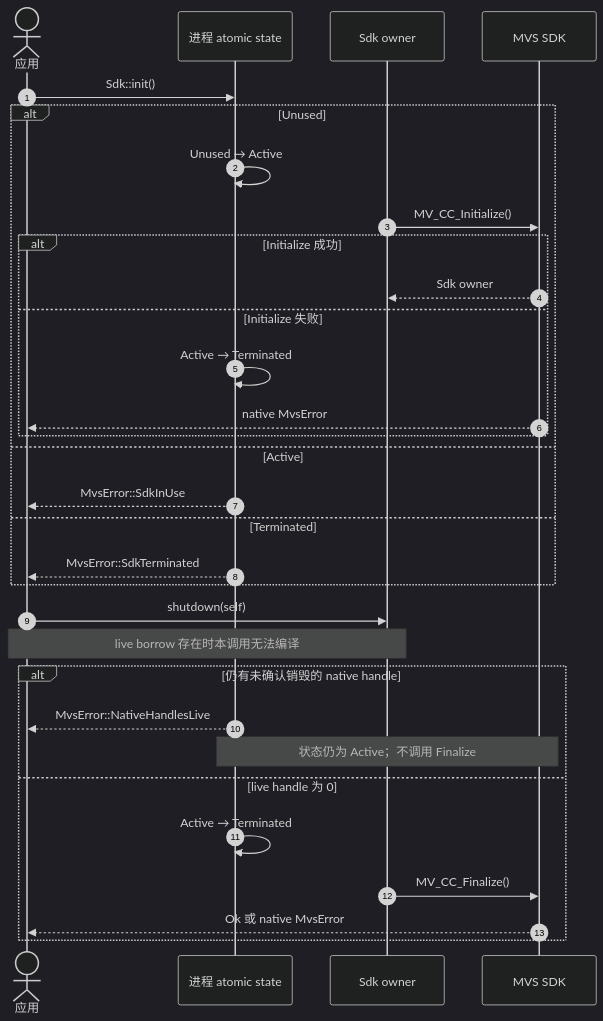
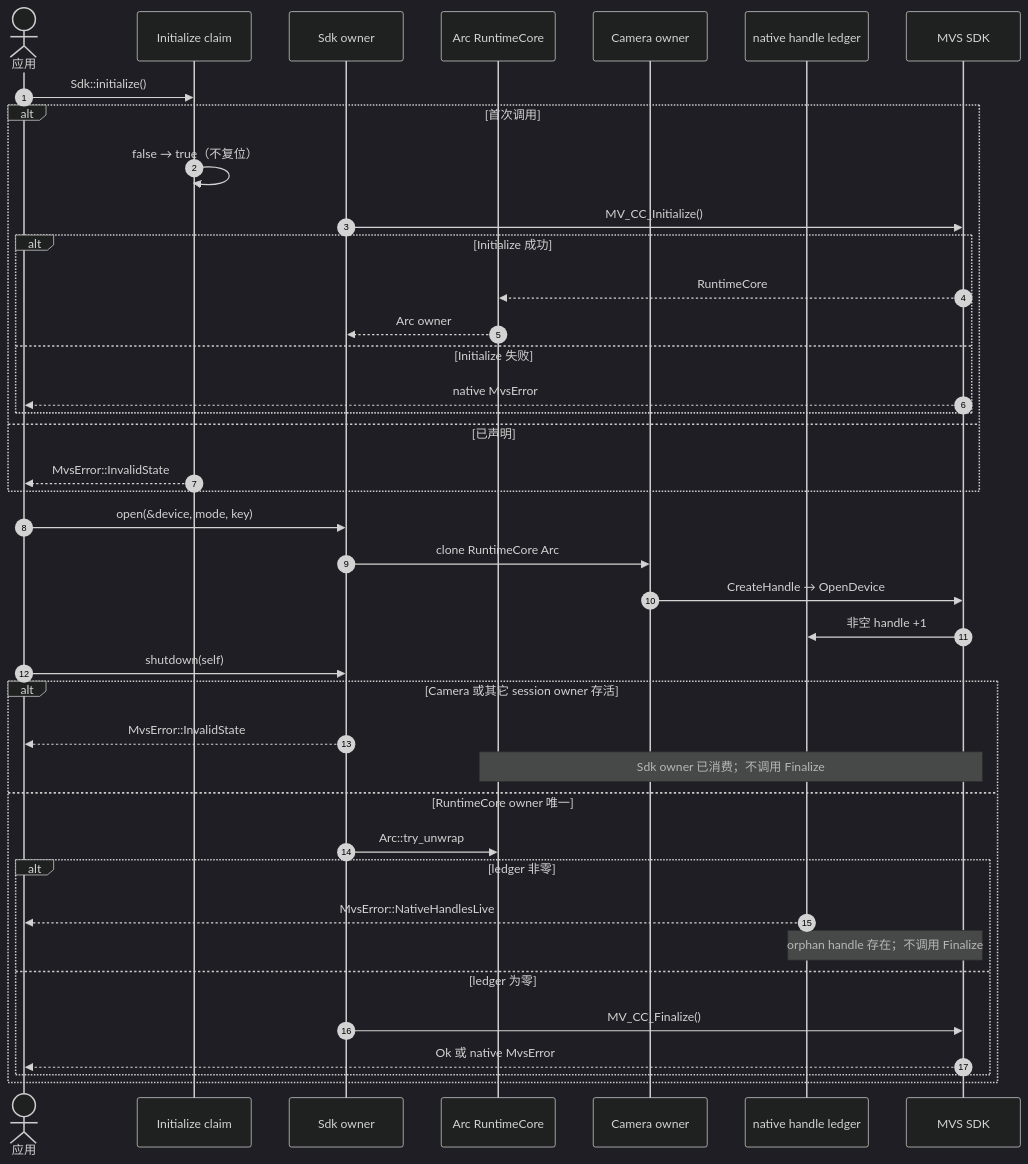
The diagram in 时序图/Sdk-shutdown的终态约束.md (JSB-Unscarred/mvs-sdk-rs), drawn with Mermaid (dark theme) before and after one commit. The commit also changed other lines of this file and 19 other files, not shown here.

````diff
--- a/时序图/Sdk-shutdown的终态约束.md
+++ b/时序图/Sdk-shutdown的终态约束.md
@@ -9,35 +11,45 @@
 ```mermaid
 sequenceDiagram
     autonumber
     actor App as 应用
-    participant State as 进程 atomic state
+    participant Claim as Initialize claim
     participant Sdk as Sdk owner
+    participant Runtime as Arc RuntimeCore
+    participant Camera as Camera owner
+    participant Ledger as native handle ledger
     participant Native as MVS SDK
 
-    App->>State: Sdk::init()
-    alt Unused
-        State->>State: Unused → Active
+    App->>Claim: Sdk::initialize()
+    alt 首次调用
+        Claim->>Claim: false → true（不复位）
         Sdk->>Native: MV_CC_Initialize()
         alt Initialize 成功
-            Native-->>Sdk: Sdk owner
+            Native-->>Runtime: RuntimeCore
+            Runtime-->>Sdk: Arc owner
         else Initialize 失败
-            State->>State: Active → Terminated
             Native-->>App: native MvsError
         end
-    else Active
-        State-->>App: MvsError::SdkInUse
-    else Terminated
-        State-->>App: MvsError::SdkTerminated
+    else 已声明
+        Claim-->>App: MvsError::InvalidState
     end
 
+    App->>Sdk: open(&device, mode, key)
+    Sdk->>Camera: clone RuntimeCore Arc
+    Camera->>Native: CreateHandle → OpenDevice
+    Native->>Ledger: 非空 handle +1
+
     App->>Sdk: shutdown(self)
-    Note over App,Sdk: live borrow 存在时本调用无法编译
-    alt 仍有未确认销毁的 native handle
-        State-->>App: MvsError::NativeHandlesLive
-        Note over State,Native: 状态仍为 Active；不调用 Finalize
-    else live handle 为 0
-        State->>State: Active → Terminated
-        Sdk->>Native: MV_CC_Finalize()
-        Native-->>App: Ok 或 native MvsError
+    alt Camera 或其它 session owner 存活
+        Sdk-->>App: MvsError::InvalidState
+        Note over Runtime,Native: Sdk owner 已消费；不调用 Finalize
+    else RuntimeCore owner 唯一
+        Sdk->>Runtime: Arc::try_unwrap
+        alt ledger 非零
+            Ledger-->>App: MvsError::NativeHandlesLive
+            Note over Ledger,Native: orphan handle 存在；不调用 Finalize
+        else ledger 为零
+            Sdk->>Native: MV_CC_Finalize()
+            Native-->>App: Ok 或 native MvsError
+        end
     end
 ```
````
